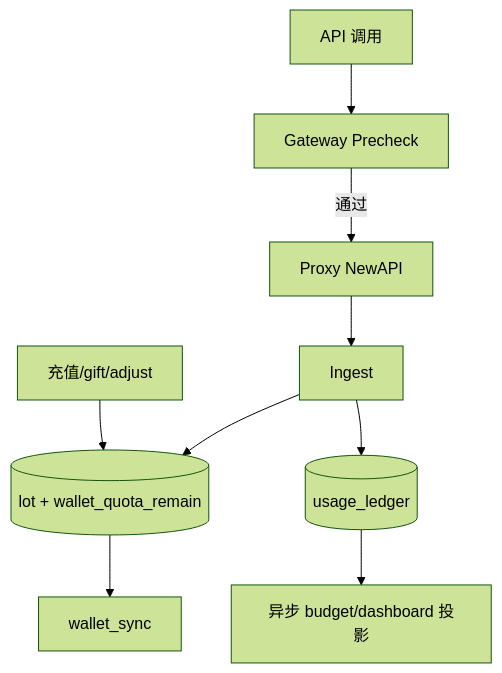
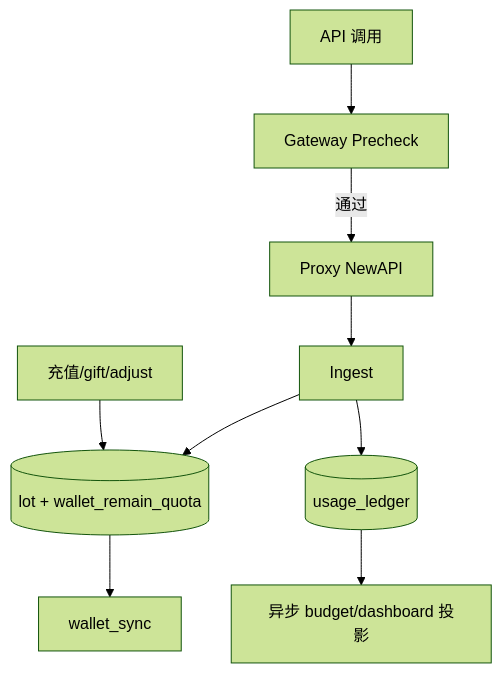
The third of 6 diagrams in docs/Backend-计费模式.md (quyip8818/mytokenjoy), drawn with Mermaid (forest theme) before and after one commit. The commit also changed other lines of this file and 49 other files, not shown here.

Commit message:
rename wallet_remain

````diff
--- a/docs/Backend-计费模式.md
+++ b/docs/Backend-计费模式.md
@@ -148,11 +148,11 @@
 ```mermaid
 flowchart TB
-  Credit[充值/gift/adjust] --> LOT[(lot + wallet_quota_remain)]
+  Credit[充值/gift/adjust] --> LOT[(lot + wallet_remain_quota)]
   Call[API 调用] --> GW[Gateway Precheck]
   GW -->|通过| Proxy[Proxy NewAPI]
   Proxy --> ING[Ingest]
   ING --> LOT
   ING --> LED[(usage_ledger)]
   LED --> Proj[异步 budget/dashboard 投影]
   LOT --> Sync[wallet_sync]
 ```
````
